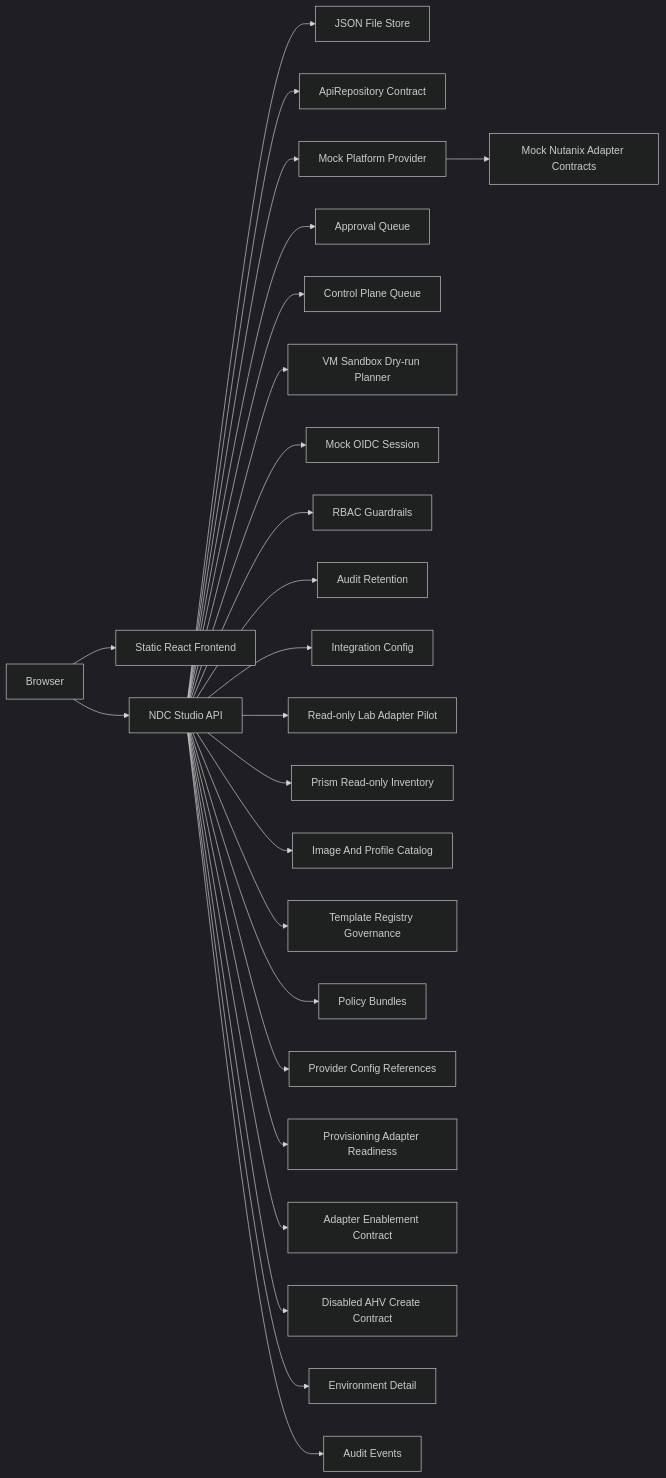
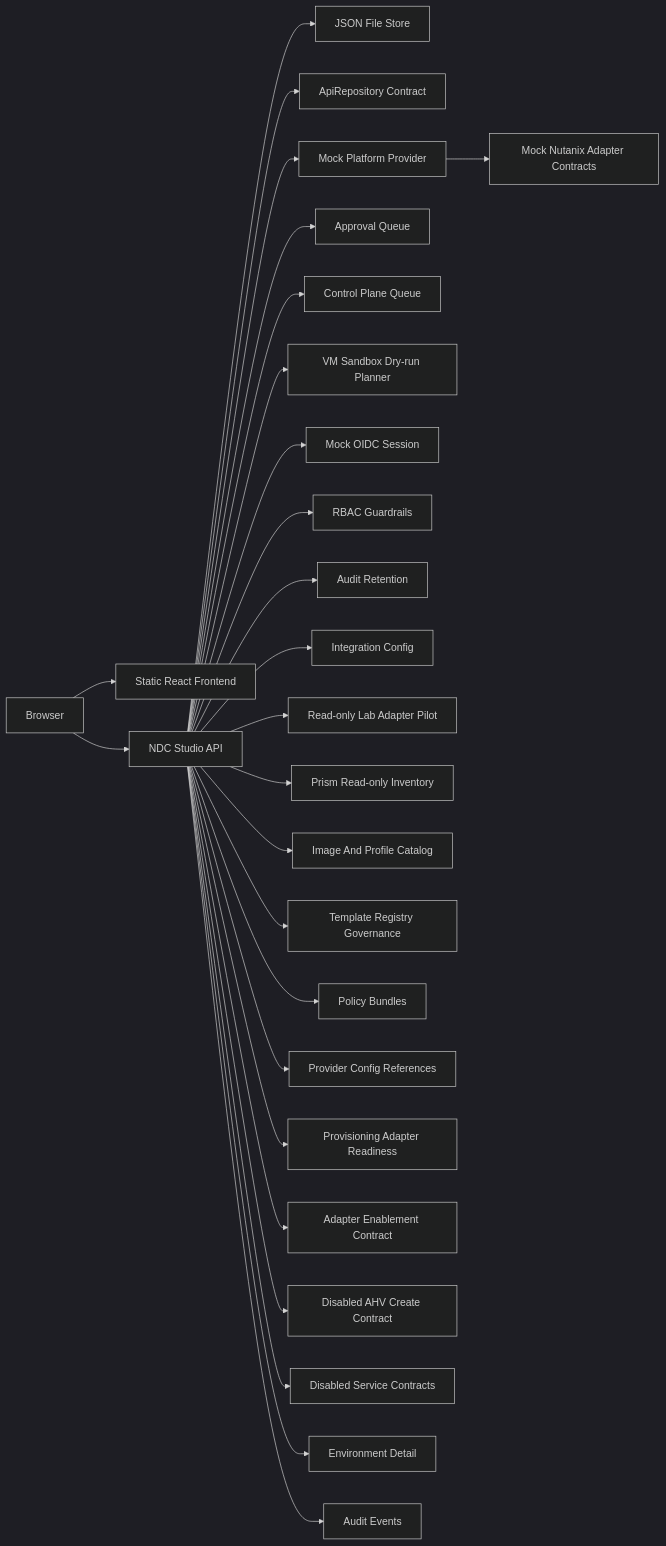
The second of 2 diagrams in docs/architecture.md (VirtuArchitect/nutanix-developer-cloud-studio), drawn with Mermaid (dark theme) before and after one commit. The commit also changed other lines of this file and 21 other files, not shown here.

Commit message:
Add v2.8 platform service adapter contracts

````diff
--- a/docs/architecture.md
+++ b/docs/architecture.md
@@ -21,27 +21,28 @@
 ```mermaid
 flowchart LR
     Browser["Browser"] --> Web["Static React Frontend"]
     Browser --> Api["NDC Studio API"]
     Api --> Store["JSON File Store"]
     Api --> Repo["ApiRepository Contract"]
     Api --> Provider["Mock Platform Provider"]
     Provider --> Adapters["Mock Nutanix Adapter Contracts"]
     Api --> Approvals["Approval Queue"]
     Api --> Queue["Control Plane Queue"]
     Api --> VmDryRun["VM Sandbox Dry-run Planner"]
     Api --> Identity["Mock OIDC Session"]
     Api --> Rbac["RBAC Guardrails"]
     Api --> AuditRetention["Audit Retention"]
     Api --> Config["Integration Config"]
     Api --> LabAdapters["Read-only Lab Adapter Pilot"]
     Api --> PrismInventory["Prism Read-only Inventory"]
     Api --> Inventory["Image And Profile Catalog"]
     Api --> Registry["Template Registry Governance"]
     Api --> Bundles["Policy Bundles"]
     Api --> ProviderConfig["Provider Config References"]
     Api --> AdapterReadiness["Provisioning Adapter Readiness"]
     Api --> AdapterEnablement["Adapter Enablement Contract"]
     Api --> AhvCreateContract["Disabled AHV Create Contract"]
+    Api --> ServiceContracts["Disabled Service Contracts"]
     Api --> Details["Environment Detail"]
     Api --> Audit["Audit Events"]
 ```
````
